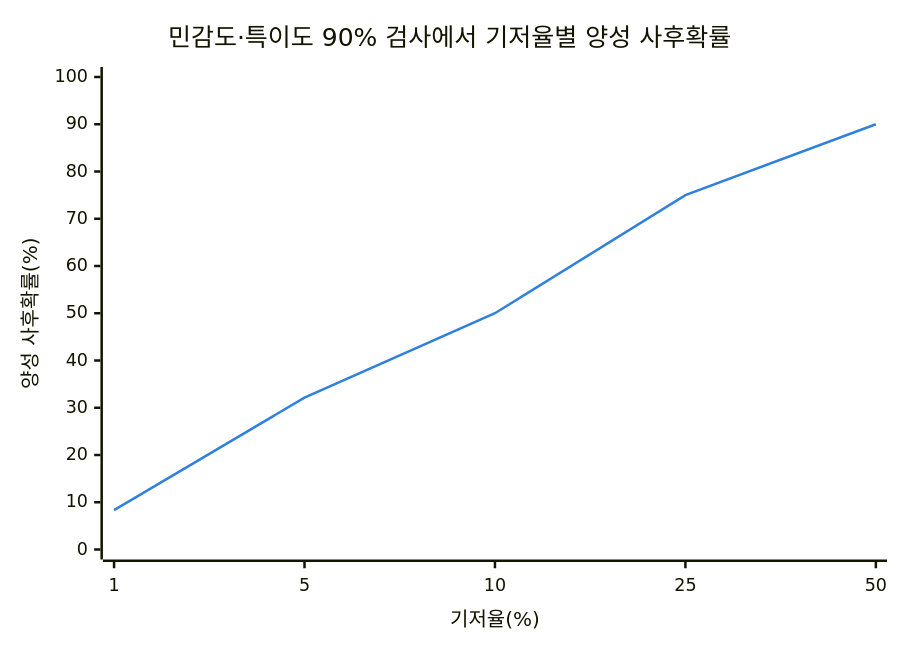
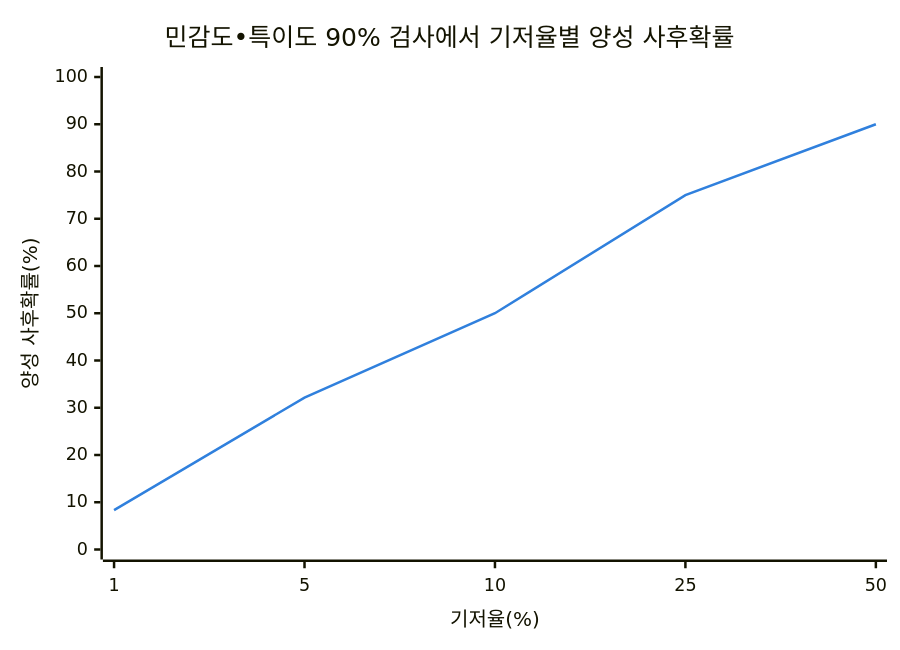
The first of 4 diagrams in src/content/docs/notes/01-basic-theory/031_bayes_theorem.md (agnusdei1207/knowledge-base), drawn with Mermaid before and after one commit. The commit also changed other lines of this file and 20 other files, not shown here.

````diff
--- a/src/content/docs/notes/01-basic-theory/031_bayes_theorem.md
+++ b/src/content/docs/notes/01-basic-theory/031_bayes_theorem.md
@@ -59,8 +59,8 @@
 ```mermaid
 %%{init: {"themeVariables": {"xyChart": {"plotColorPalette": "#3080dd, #d95926"}}} }%%
 xychart-beta
-    title "민감도·특이도 90% 검사에서 기저율별 양성 사후확률"
+    title "민감도•특이도 90% 검사에서 기저율별 양성 사후확률"
     x-axis "기저율(%)" [1, 5, 10, 25, 50]
     y-axis "양성 사후확률(%)" 0 --> 100
     line [8.33, 32.14, 50, 75, 90]
 ```
````
